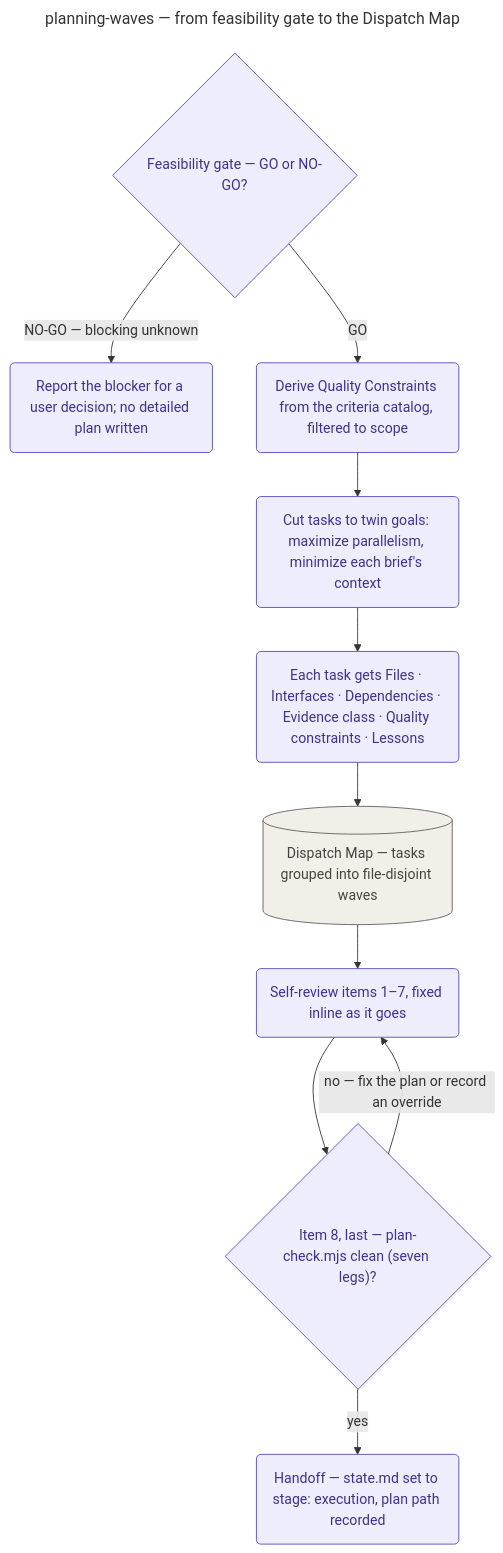
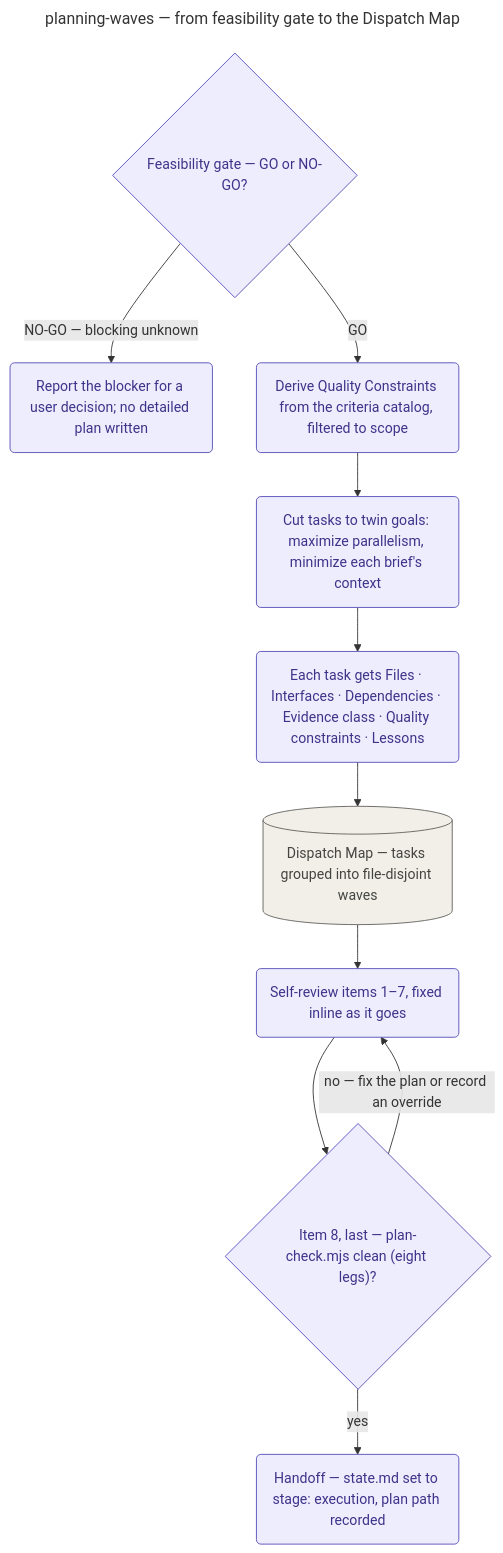
One commit to KonstantinRoehrl/devcycle changed the diagram in docs/playbooks/planning-waves/README.md. Above: the diagram before and after it, drawn with Mermaid. The commit also changed other lines of this file and 7 other files, not shown here.

First line of the commit message:
docs(plan-check): document the briefFacts leg and the pinned-block run marker (#334, #314)

````diff
--- a/docs/playbooks/planning-waves/README.md
+++ b/docs/playbooks/planning-waves/README.md
@@ -67,21 +71,21 @@
 ```mermaid
 ---
 title: planning-waves — from feasibility gate to the Dispatch Map
 accDescr: Playbook-internal flowchart of the planning stage, from the feasibility gate's GO/NO-GO verdict through quality-constraint derivation, task cutting to the twin goals of parallelism and minimal context, the Dispatch Map, the eight-item self-review ending in the plan gate, and the handoff to execution.
 ---
 flowchart TD
     FEAS{"Feasibility gate — GO or NO-GO?"}:::stage
     FEAS -->|"NO-GO — blocking unknown"| REPORT("Report the blocker for a user decision; no detailed plan written"):::stage
     FEAS -->|GO| QC("Derive Quality Constraints from the criteria catalog, filtered to scope"):::stage
     QC --> CUT("Cut tasks to twin goals: maximize parallelism, minimize each brief's context"):::stage
     CUT --> TASK("Each task gets Files · Interfaces · Dependencies · Evidence class · Quality constraints · Lessons"):::stage
     TASK --> MAP[("Dispatch Map — tasks grouped into file-disjoint waves")]:::structural
     MAP --> SELFREVIEW("Self-review items 1–7, fixed inline as it goes"):::stage
-    SELFREVIEW --> GATE{"Item 8, last — plan-check.mjs clean (seven legs)?"}:::stage
+    SELFREVIEW --> GATE{"Item 8, last — plan-check.mjs clean (eight legs)?"}:::stage
     GATE -->|"no — fix the plan or record an override"| SELFREVIEW
     GATE -->|yes| HANDOFF("Handoff — state.md set to stage: execution, plan path recorded"):::stage
 
     classDef stage fill:#EEEDFE,stroke:#534AB7,color:#3C3489;
     classDef tool fill:#E1F5EE,stroke:#0F6E56,color:#085041,stroke-dasharray:5 5;
     classDef structural fill:#F1EFE8,stroke:#5F5E5A,color:#444441;
 ```
````
